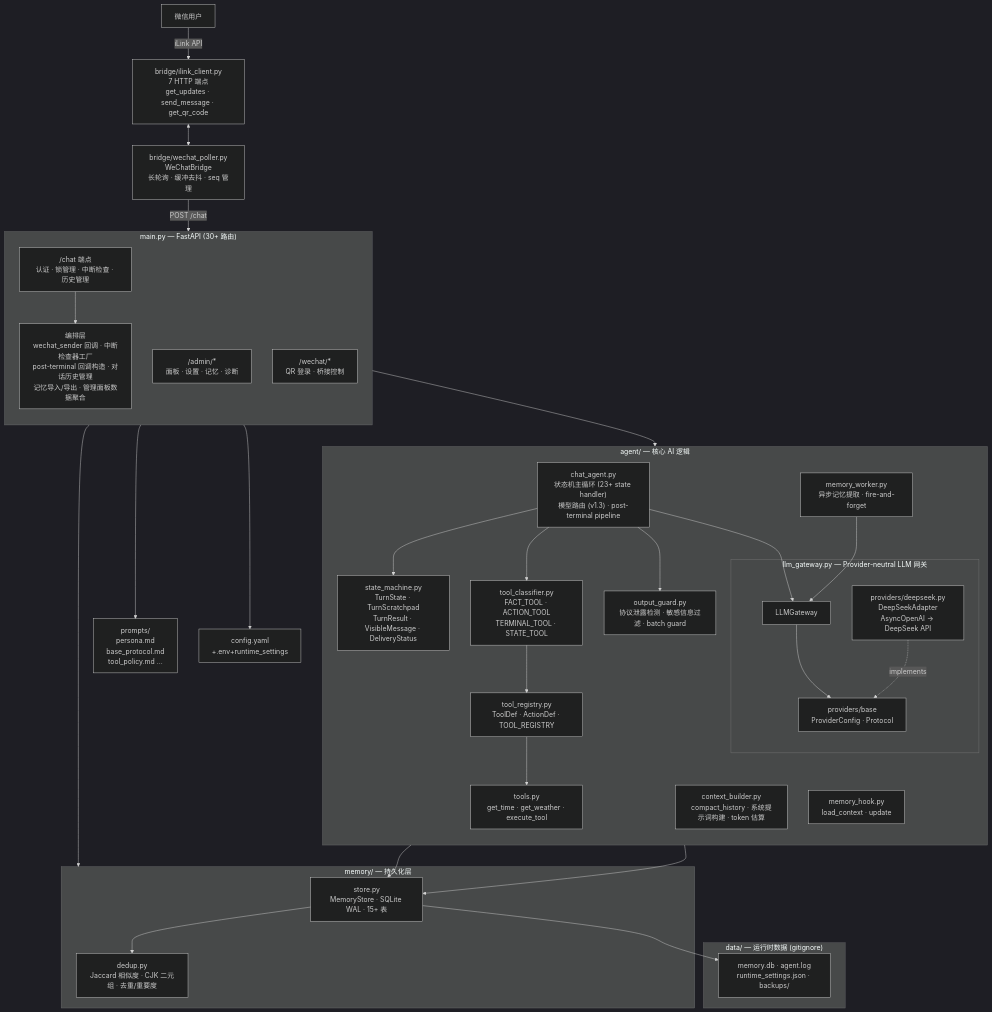
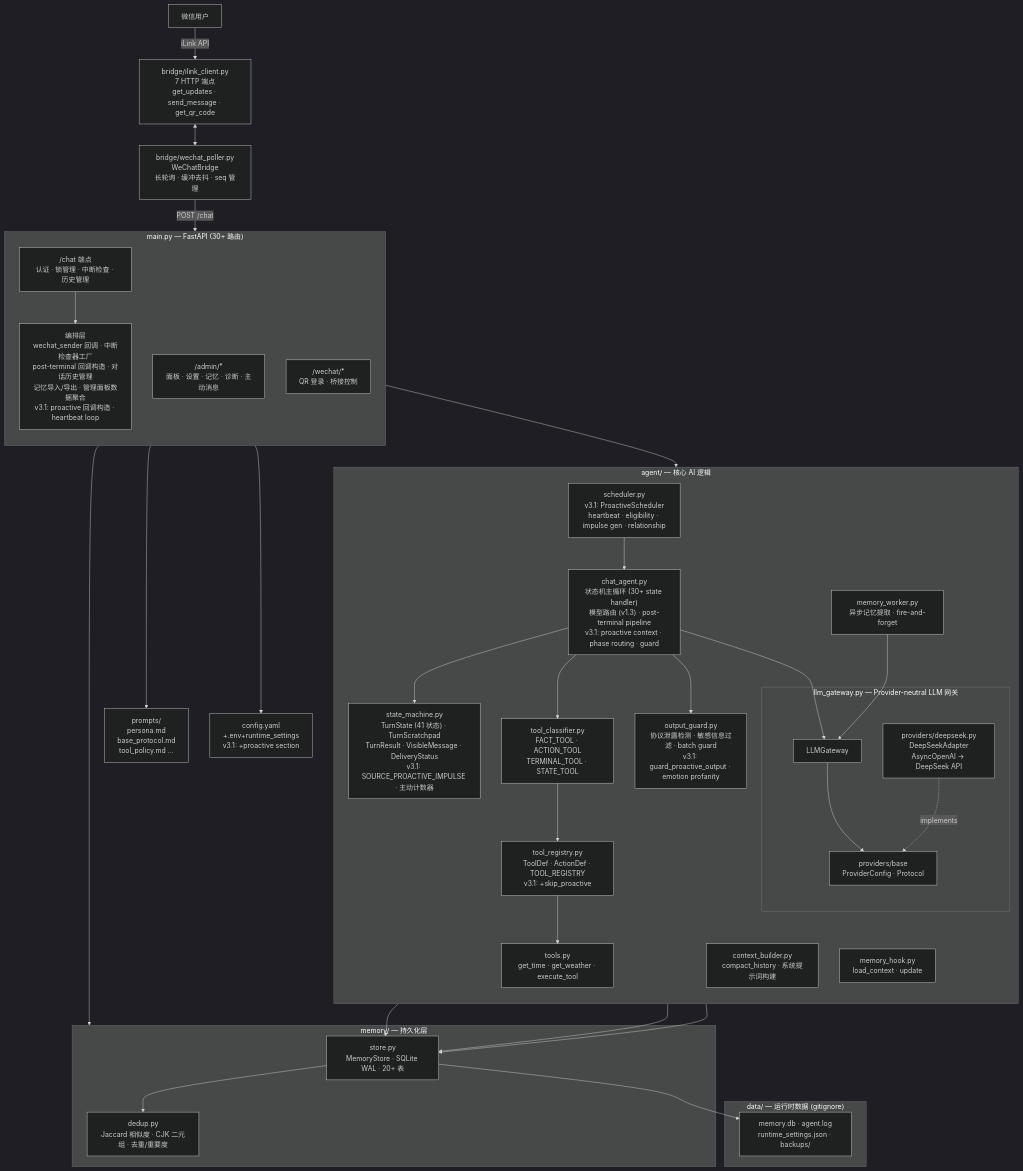
One commit to XiLongChong/lightchat-goal changed the first of 4 diagrams in docs/architecture.md. Above: the diagram before and after it, drawn with Mermaid (dark theme). The commit also changed other lines of this file, not shown here.

Commit message:
docs: update ARCHITECTURE.md for v3.1 proactive pipeline

````diff
--- a/docs/architecture.md
+++ b/docs/architecture.md
@@ -10,64 +10,67 @@
 ```mermaid
 graph TD
     WX[微信用户] -->|iLink API| IL[bridge/ilink_client.py<br/>7 HTTP 端点<br/>get_updates · send_message · get_qr_code]
     IL <--> WP[bridge/wechat_poller.py<br/>WeChatBridge<br/>长轮询 · 缓冲去抖 · seq 管理]
     WP -->|POST /chat| MAIN
 
     subgraph MAIN["main.py — FastAPI (30+ 路由)"]
         direction TB
         CHAT["/chat 端点<br/>认证 · 锁管理 · 中断检查 · 历史管理"]
-        ADMIN["/admin/*<br/>面板 · 设置 · 记忆 · 诊断"]
+        ADMIN["/admin/*<br/>面板 · 设置 · 记忆 · 诊断 · 主动消息"]
         WECHAT["/wechat/*<br/>QR 登录 · 桥接控制"]
-        ORCH["编排层<br/>wechat_sender 回调 · 中断检查器工厂<br/>post-terminal 回调构造 · 对话历史管理<br/>记忆导入/导出 · 管理面板数据聚合"]
+        ORCH["编排层<br/>wechat_sender 回调 · 中断检查器工厂<br/>post-terminal 回调构造 · 对话历史管理<br/>记忆导入/导出 · 管理面板数据聚合<br/>v3.1: proactive 回调构造 · heartbeat loop"]
         CHAT --> ORCH
     end
 
     MAIN --> AGENT
     MAIN --> MEMORY
     MAIN --> PROMPTS["prompts/<br/>persona.md<br/>base_protocol.md<br/>tool_policy.md ..."]
-    MAIN --> CONFIG["config.yaml<br/>+.env+runtime_settings"]
+    MAIN --> CONFIG["config.yaml<br/>+.env+runtime_settings<br/>v3.1: +proactive section"]
 
     subgraph AGENT["agent/ — 核心 AI 逻辑"]
         direction TB
-        CA["chat_agent.py<br/>状态机主循环 (23+ state handler)<br/>模型路由 (v1.3) · post-terminal pipeline"]
-        SM["state_machine.py<br/>TurnState · TurnScratchpad<br/>TurnResult · VisibleMessage · DeliveryStatus"]
+        CA["chat_agent.py<br/>状态机主循环 (30+ state handler)<br/>模型路由 (v1.3) · post-terminal pipeline<br/>v3.1: proactive context · phase routing · guard"]
+        SM["state_machine.py<br/>TurnState (41 状态) · TurnScratchpad<br/>TurnResult · VisibleMessage · DeliveryStatus<br/>v3.1: SOURCE_PROACTIVE_IMPULSE · 主动计数器"]
         TC["tool_classifier.py<br/>FACT_TOOL · ACTION_TOOL<br/>TERMINAL_TOOL · STATE_TOOL"]
-        TR["tool_registry.py<br/>ToolDef · ActionDef · TOOL_REGISTRY"]
+        TR["tool_registry.py<br/>ToolDef · ActionDef · TOOL_REGISTRY<br/>v3.1: +skip_proactive"]
         TL["tools.py<br/>get_time · get_weather · execute_tool"]
-        OG["output_guard.py<br/>协议泄露检测 · 敏感信息过滤 · batch guard"]
-        CB["context_builder.py<br/>compact_history · 系统提示词构建 · token 估算"]
+        OG["output_guard.py<br/>协议泄露检测 · 敏感信息过滤 · batch guard<br/>v3.1: guard_proactive_output · emotion profanity"]
+        CB["context_builder.py<br/>compact_history · 系统提示词构建"]
+        SCH["scheduler.py<br/>v3.1: ProactiveScheduler<br/>heartbeat · eligibility · impulse gen · relationship"]
 
         CA --> SM
         CA --> TC
         TC --> TR
         TR --> TL
         CA --> OG
+        SCH --> CA
 
         subgraph LLM["llm_gateway.py — Provider-neutral LLM 网关"]
             GW["LLMGateway"]
             BASE["providers/base<br/>ProviderConfig · Protocol"]
             DS["providers/deepseek.py<br/>DeepSeekAdapter<br/>AsyncOpenAI → DeepSeek API"]
             GW --> BASE
             DS -.->|implements| BASE
         end
         CA --> GW
 
         MW["memory_worker.py<br/>异步记忆提取 · fire-and-forget"]
         MH["memory_hook.py<br/>load_context · update"]
         MW --> GW
     end
 
     subgraph MEMORY["memory/ — 持久化层"]
-        MS["store.py<br/>MemoryStore · SQLite WAL · 15+ 表"]
+        MS["store.py<br/>MemoryStore · SQLite WAL · 20+ 表"]
         DD["dedup.py<br/>Jaccard 相似度 · CJK 二元组 · 去重/重要度"]
         MS --> DD
     end
 
     MW --> MS
     MH --> MS
+    SCH --> MS
 
     subgraph DATA["data/ — 运行时数据 (gitignore)"]
         DB["memory.db · agent.log<br/>runtime_settings.json · backups/"]
     end
     MS --> DB
 ```
````
